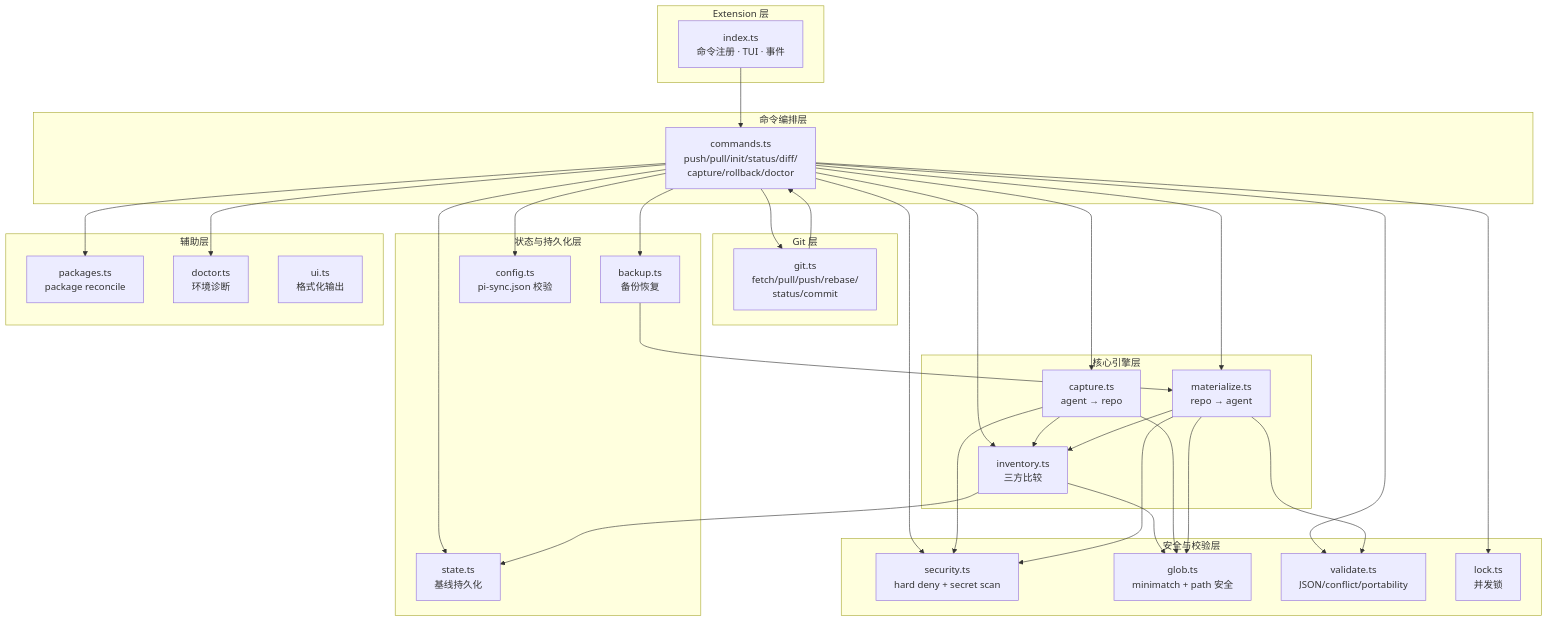
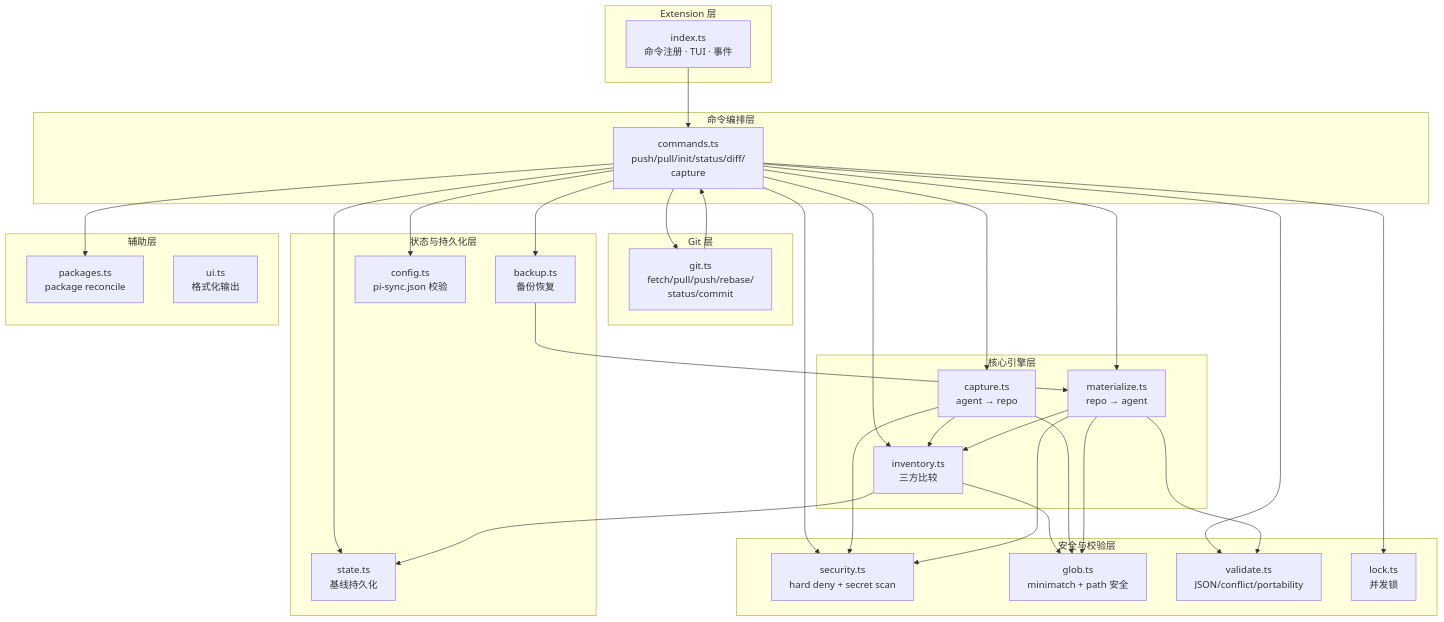
Before and after one commit to jachy-h/pi-git-sync: the second of 12 diagrams in docs/architecture.md, drawn with Mermaid. The commit also changed other lines of this file and 20 other files, not shown here.

````diff
--- a/docs/architecture.md
+++ b/docs/architecture.md
@@ -180,66 +179,64 @@
 ```mermaid
 graph TB
     subgraph "Extension 层"
         index["index.ts<br/>命令注册 · TUI · 事件"]
     end
 
     subgraph "命令编排层"
-        commands["commands.ts<br/>push/pull/init/status/diff/<br/>capture/rollback/doctor"]
+        commands["commands.ts<br/>push/pull/init/status/diff/<br/>capture"]
     end
 
     subgraph "核心引擎层"
         inventory["inventory.ts<br/>三方比较"]
         capture["capture.ts<br/>agent → repo"]
         materialize["materialize.ts<br/>repo → agent"]
     end
 
     subgraph "Git 层"
         git["git.ts<br/>fetch/pull/push/rebase/<br/>status/commit"]
     end
 
     subgraph "安全与校验层"
         security["security.ts<br/>hard deny + secret scan"]
         glob["glob.ts<br/>minimatch + path 安全"]
         validate["validate.ts<br/>JSON/conflict/portability"]
         lock["lock.ts<br/>并发锁"]
     end
 
     subgraph "状态与持久化层"
         state["state.ts<br/>基线持久化"]
         backup["backup.ts<br/>备份恢复"]
         config["config.ts<br/>pi-sync.json 校验"]
     end
 
     subgraph "辅助层"
         packages["packages.ts<br/>package reconcile"]
-        doctor["doctor.ts<br/>环境诊断"]
         ui["ui.ts<br/>格式化输出"]
     end
 
     index --> commands
     commands --> inventory
     commands --> capture
     commands --> materialize
     commands --> git
     commands --> backup
     commands --> lock
     commands --> security
     commands --> validate
     commands --> state
     commands --> config
     commands --> packages
-    commands --> doctor
 
     inventory --> glob
     inventory --> state
     capture --> inventory
     capture --> glob
     capture --> security
     materialize --> inventory
     materialize --> glob
     materialize --> security
     materialize --> validate
     
     git --> commands
     backup --> materialize
 ```
````
